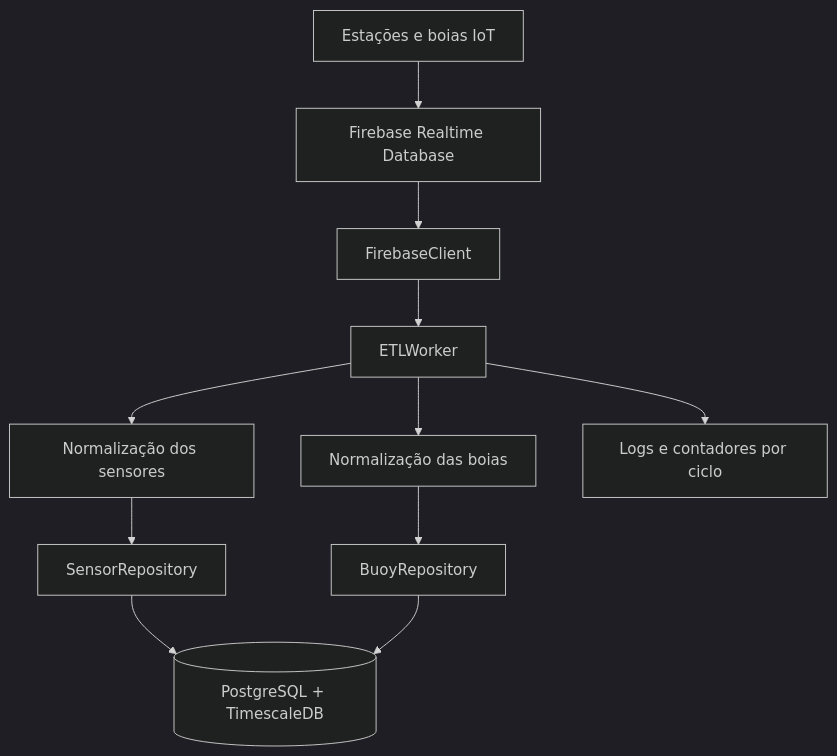
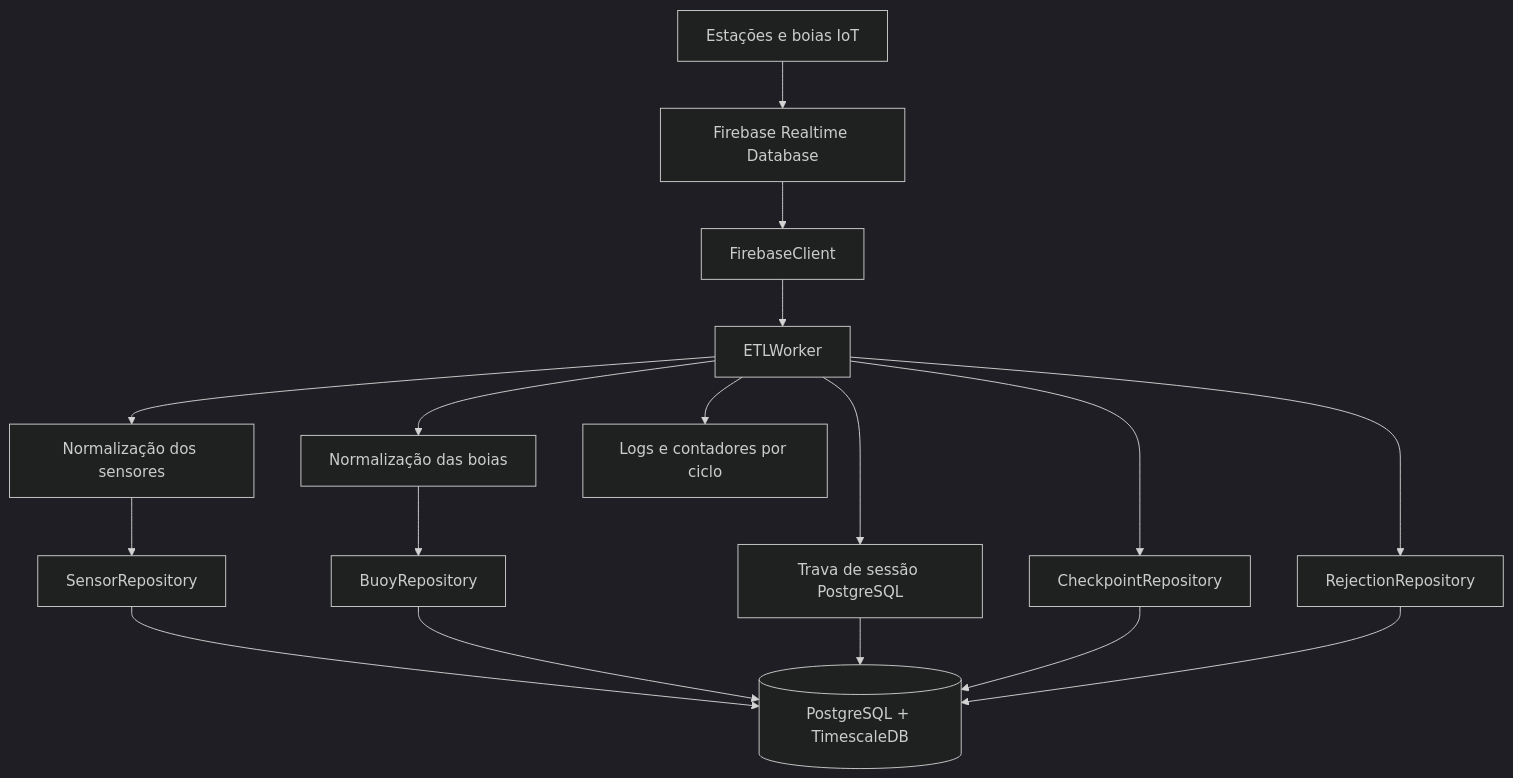
Before and after one commit to GpadsTech/etl_worker_python: the diagram in README.md, drawn with Mermaid (dark theme). The commit also changed other lines of this file, not shown here.

````diff
--- a/README.md
+++ b/README.md
@@ -38,13 +38,19 @@
 ```mermaid
 flowchart TD
     A[Estações e boias IoT] --> B[Firebase Realtime Database]
     B --> C[FirebaseClient]
     C --> D[ETLWorker]
     D --> E[Normalização dos sensores]
     D --> F[Normalização das boias]
     E --> G[SensorRepository]
     F --> H[BuoyRepository]
     G --> I[(PostgreSQL + TimescaleDB)]
     H --> I
     D --> J[Logs e contadores por ciclo]
+    D --> K[Trava de sessão PostgreSQL]
+    K --> I
+    D --> L[CheckpointRepository]
+    L --> I
+    D --> M[RejectionRepository]
+    M --> I
 ```
````
